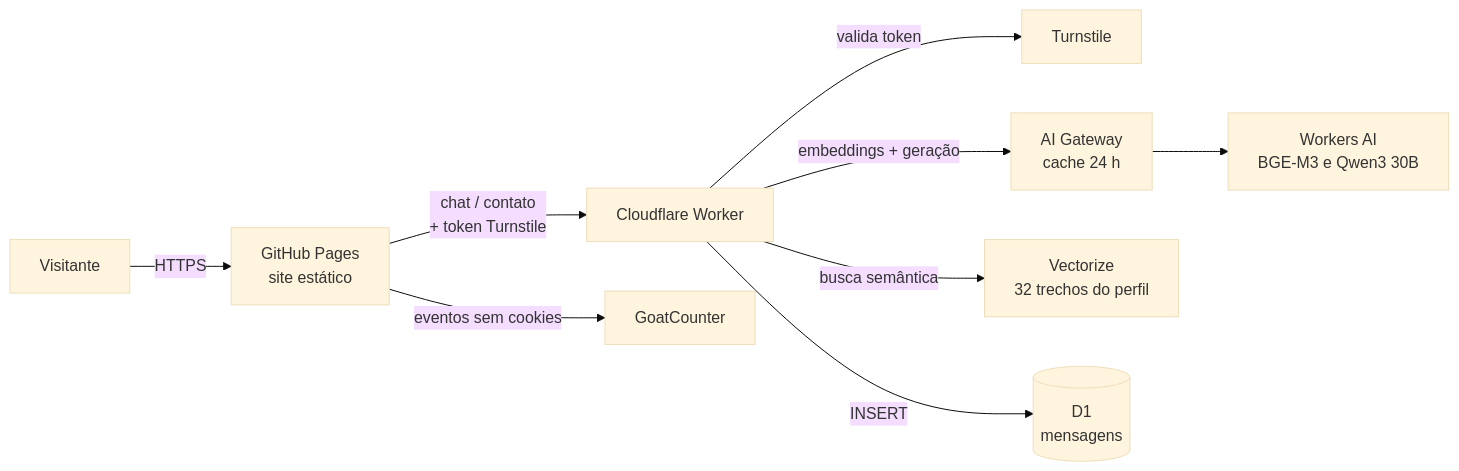
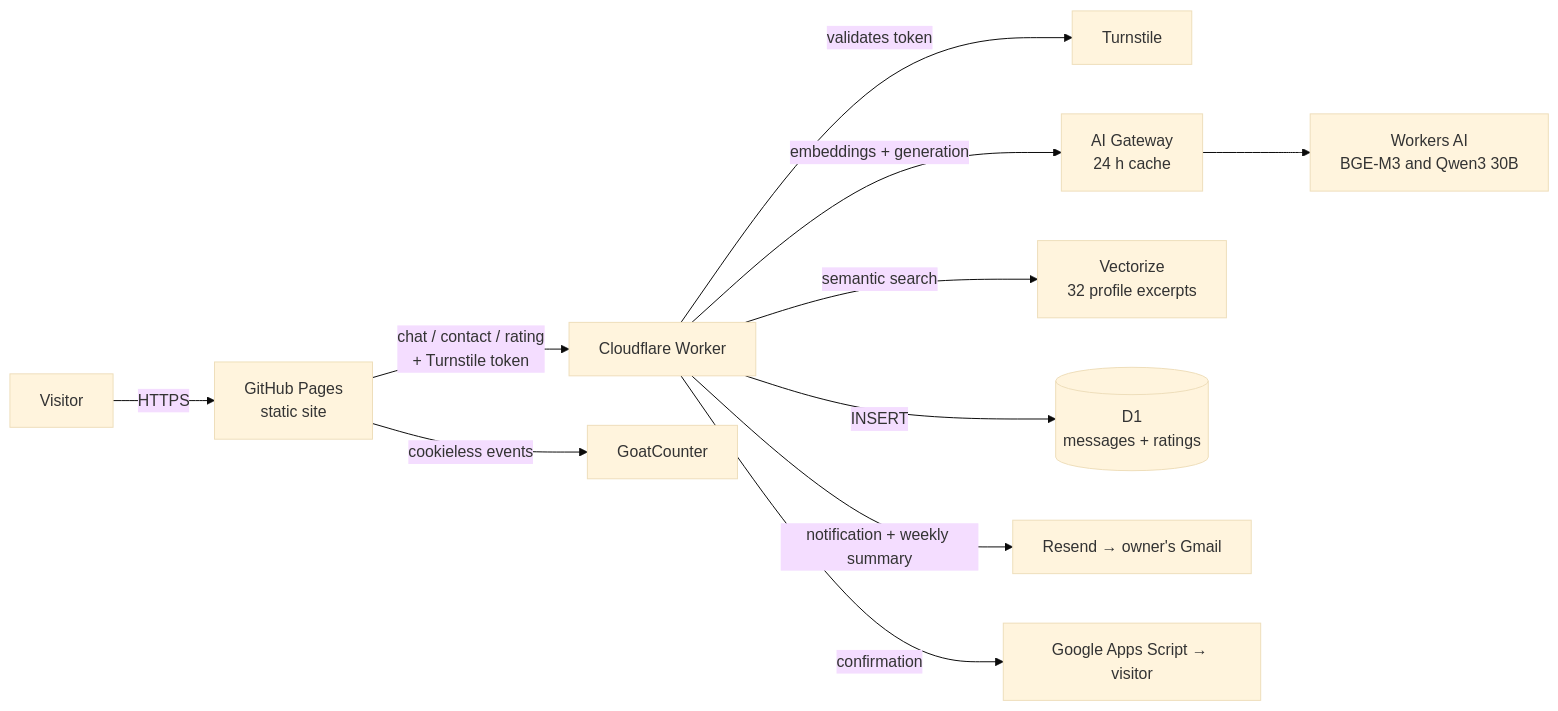
Before and after one commit to emanueleborges/emanueleborges.github.io: the diagram in README.md, drawn with Mermaid (base theme). The commit also changed other lines of this file and 5 other files, not shown here.

````diff
--- a/README.md
+++ b/README.md
@@ -45,11 +52,13 @@
 ```mermaid
 flowchart LR
-  V[Visitante] -->|HTTPS| GP[GitHub Pages<br/>site estático]
-  GP -->|chat / contato<br/>+ token Turnstile| W[Cloudflare Worker]
-  W -->|valida token| TS[Turnstile]
-  W -->|embeddings + geração| GW[AI Gateway<br/>cache 24 h]
-  GW --> AI[Workers AI<br/>BGE-M3 e Qwen3 30B]
-  W -->|busca semântica| VZ[Vectorize<br/>32 trechos do perfil]
-  W -->|INSERT| D1[(D1<br/>mensagens)]
-  GP -->|eventos sem cookies| GC[GoatCounter]
+  V[Visitor] -->|HTTPS| GP[GitHub Pages<br/>static site]
+  GP -->|chat / contact / rating<br/>+ Turnstile token| W[Cloudflare Worker]
+  W -->|validates token| TS[Turnstile]
+  W -->|embeddings + generation| GW[AI Gateway<br/>24 h cache]
+  GW --> AI[Workers AI<br/>BGE-M3 and Qwen3 30B]
+  W -->|semantic search| VZ[Vectorize<br/>32 profile excerpts]
+  W -->|INSERT| D1[(D1<br/>messages + ratings)]
+  W -->|notification + weekly summary| RS[Resend → owner's Gmail]
+  W -->|confirmation| GAS[Google Apps Script → visitor]
+  GP -->|cookieless events| GC[GoatCounter]
 ```
````
